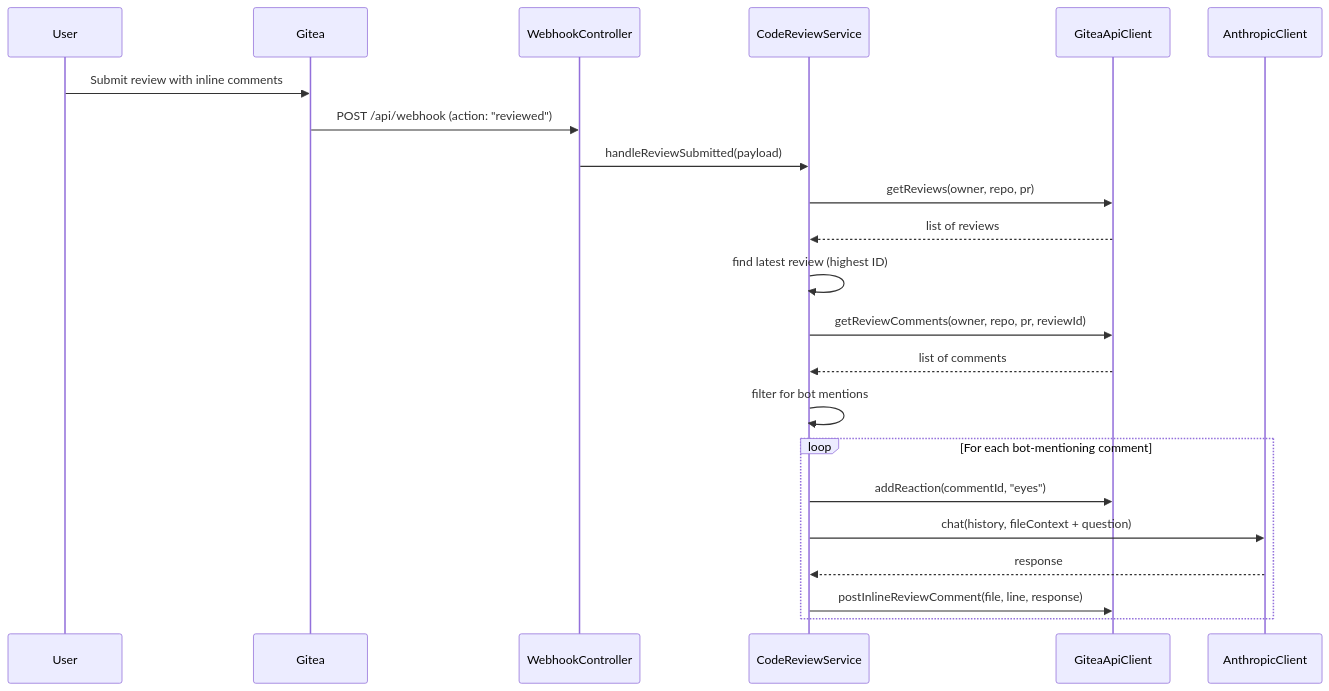
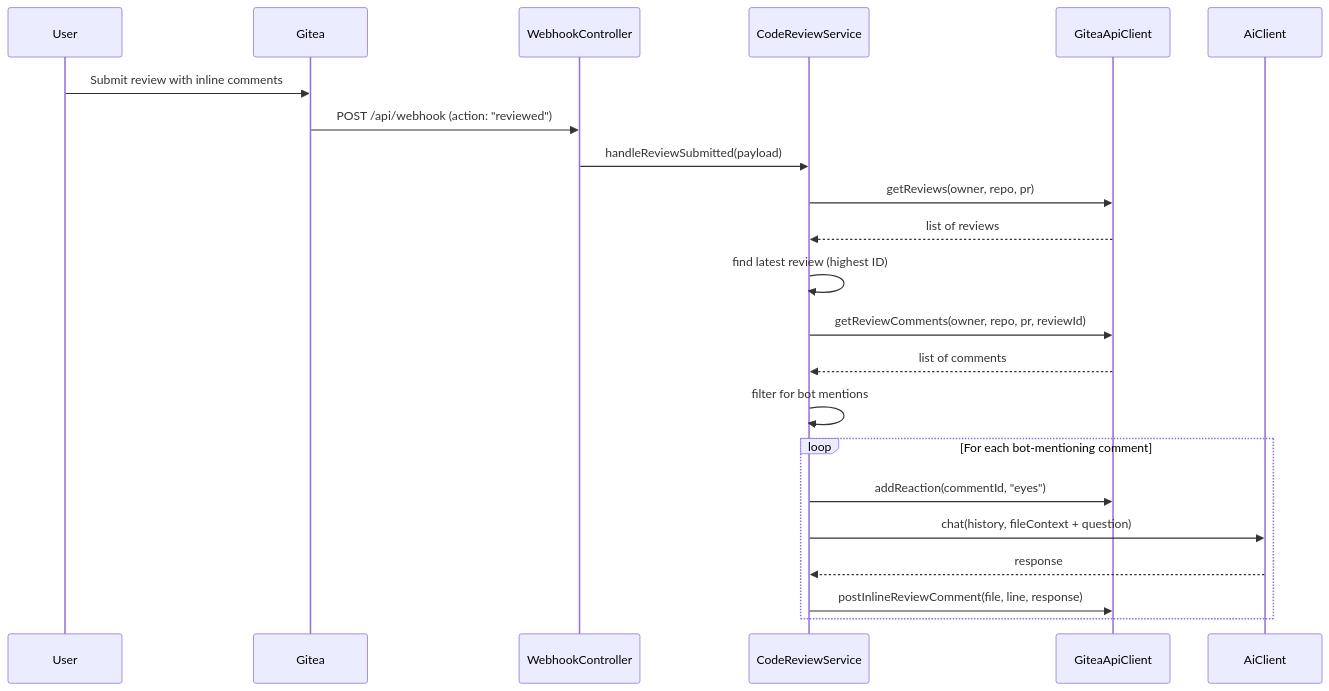
Before and after one commit to tmseidel/ai-gitea-bot: the seventh of 12 diagrams in doc/ARCHITECTURE.md, drawn with Mermaid. The commit also changed other lines of this file and 11 other files, not shown here.

````diff
--- a/doc/ARCHITECTURE.md
+++ b/doc/ARCHITECTURE.md
@@ -285,25 +347,25 @@
 ```mermaid
 sequenceDiagram
     participant User
     participant Gitea
     participant Controller as WebhookController
     participant Review as CodeReviewService
     participant GiteaAPI as GiteaApiClient
-    participant Claude as AnthropicClient
+    participant AI as AiClient
 
     User->>Gitea: Submit review with inline comments
     Gitea->>Controller: POST /api/webhook (action: "reviewed")
     Controller->>Review: handleReviewSubmitted(payload)
     Review->>GiteaAPI: getReviews(owner, repo, pr)
     GiteaAPI-->>Review: list of reviews
     Review->>Review: find latest review (highest ID)
     Review->>GiteaAPI: getReviewComments(owner, repo, pr, reviewId)
     GiteaAPI-->>Review: list of comments
     Review->>Review: filter for bot mentions
     loop For each bot-mentioning comment
         Review->>GiteaAPI: addReaction(commentId, "eyes")
-        Review->>Claude: chat(history, fileContext + question)
-        Claude-->>Review: response
+        Review->>AI: chat(history, fileContext + question)
+        AI-->>Review: response
         Review->>GiteaAPI: postInlineReviewComment(file, line, response)
     end
 ```
````
